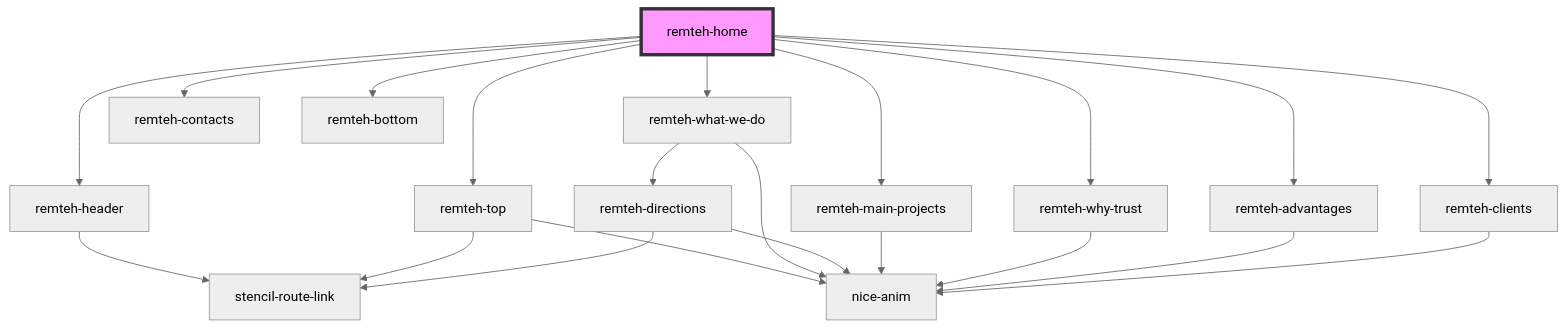
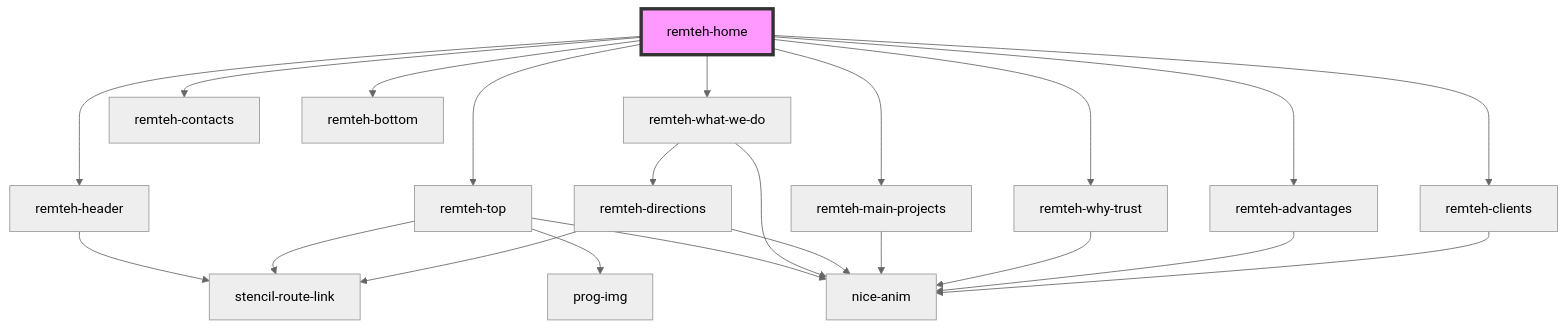
One commit to p1nta/remtehnaladka changed the diagram in src/components/home/readme.md. Above: the diagram before and after it, drawn with Mermaid (neutral theme). The commit also changed 17 other files, not shown here.

````diff
--- a/src/components/home/readme.md
+++ b/src/components/home/readme.md
@@ -23,24 +23,25 @@
 ```mermaid
 graph TD;
   remteh-home --> remteh-header
   remteh-home --> remteh-top
   remteh-home --> remteh-what-we-do
   remteh-home --> remteh-main-projects
   remteh-home --> remteh-why-trust
   remteh-home --> remteh-advantages
   remteh-home --> remteh-clients
   remteh-home --> remteh-contacts
   remteh-home --> remteh-bottom
   remteh-header --> stencil-route-link
+  remteh-top --> prog-img
   remteh-top --> nice-anim
   remteh-top --> stencil-route-link
   remteh-what-we-do --> remteh-directions
   remteh-what-we-do --> nice-anim
   remteh-directions --> stencil-route-link
   remteh-directions --> nice-anim
   remteh-main-projects --> nice-anim
   remteh-why-trust --> nice-anim
   remteh-advantages --> nice-anim
   remteh-clients --> nice-anim
   style remteh-home fill:#f9f,stroke:#333,stroke-width:4px
 ```
````
